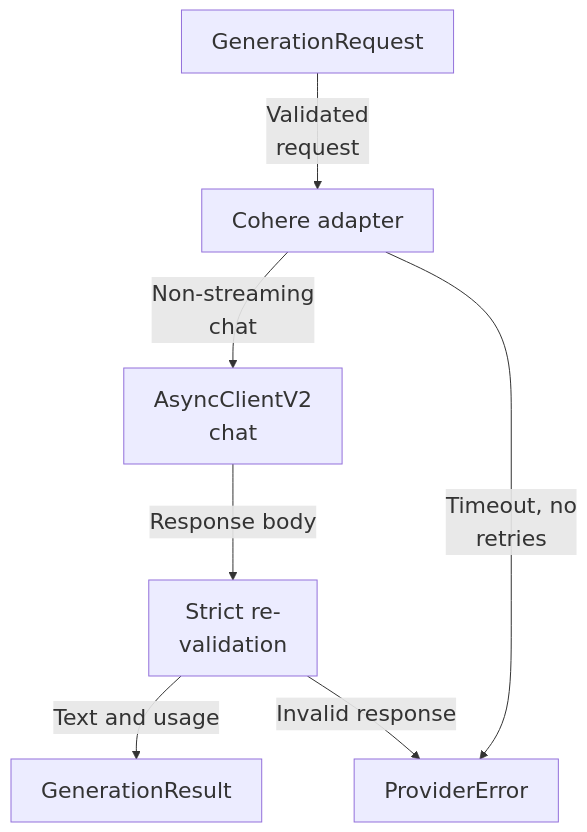
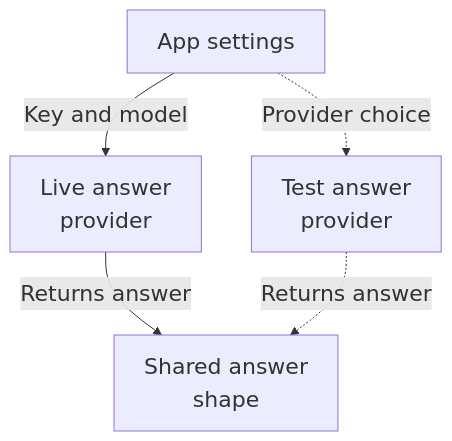
One commit to Justin-Mendoza/Afterclass changed the second of 3 diagrams in maps/answers/README.md. Above: the diagram before and after it, drawn with Mermaid. The commit also changed other lines of this file and 91 other files, not shown here.

````diff
--- a/maps/answers/README.md
+++ b/maps/answers/README.md
@@ -75,16 +64,12 @@
 ```mermaid
 %%{init: {"themeVariables": {"fontSize": "22px"}}}%%
 flowchart TD
-  n0["GenerationRequest"]
-  n1["Cohere adapter"]
-  n2["AsyncClientV2<br/>chat"]
-  n3["Strict re-<br/>validation"]
-  n4["GenerationResult"]
-  n5["ProviderError"]
-  n0 -->|"Validated<br/>request"| n1
-  n1 -->|"Non-streaming<br/>chat"| n2
-  n2 -->|"Response body"| n3
-  n3 -->|"Text and usage"| n4
-  n1 -->|"Timeout, no<br/>retries"| n5
-  n3 -->|"Invalid response"| n5
+  n0["App settings"]
+  n1["Live answer<br/>provider"]
+  n2["Test answer<br/>provider"]
+  n3["Shared answer<br/>shape"]
+  n0 -->|"Key and model"| n1
+  n1 -->|"Returns answer"| n3
+  n2 -.->|"Returns answer"| n3
+  n0 -.->|"Provider choice"| n2
 ```
````
